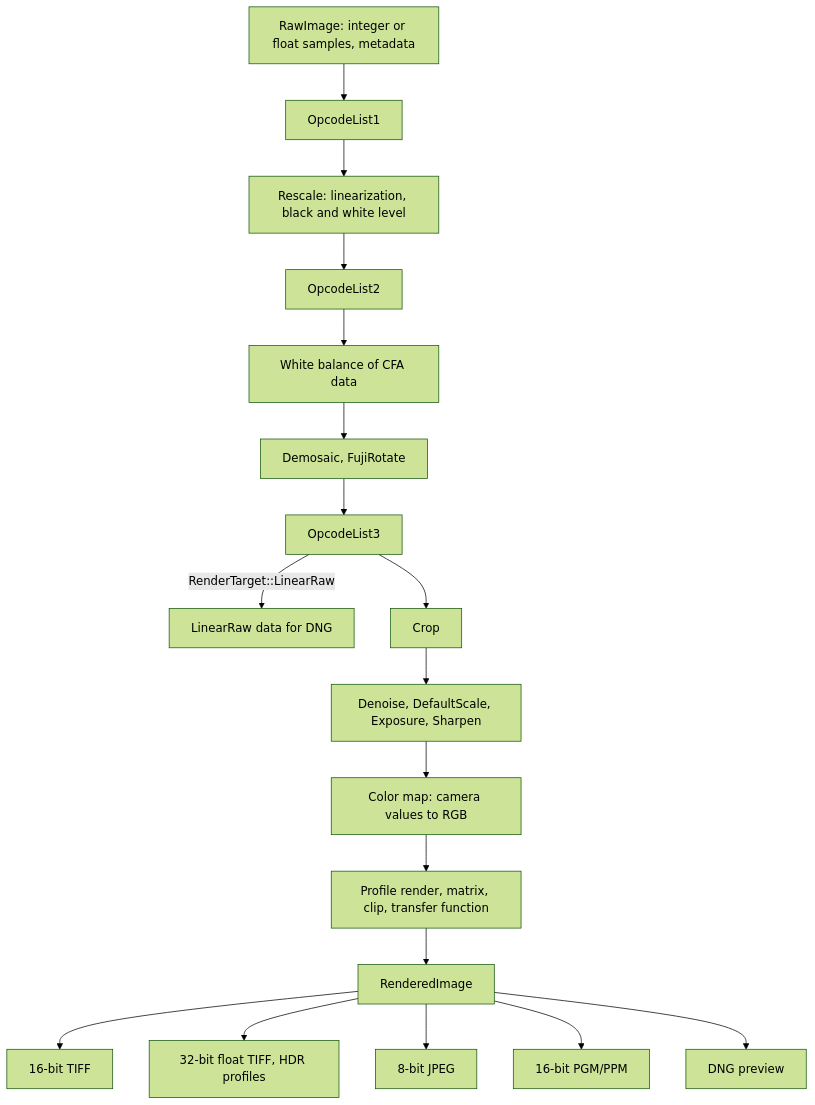
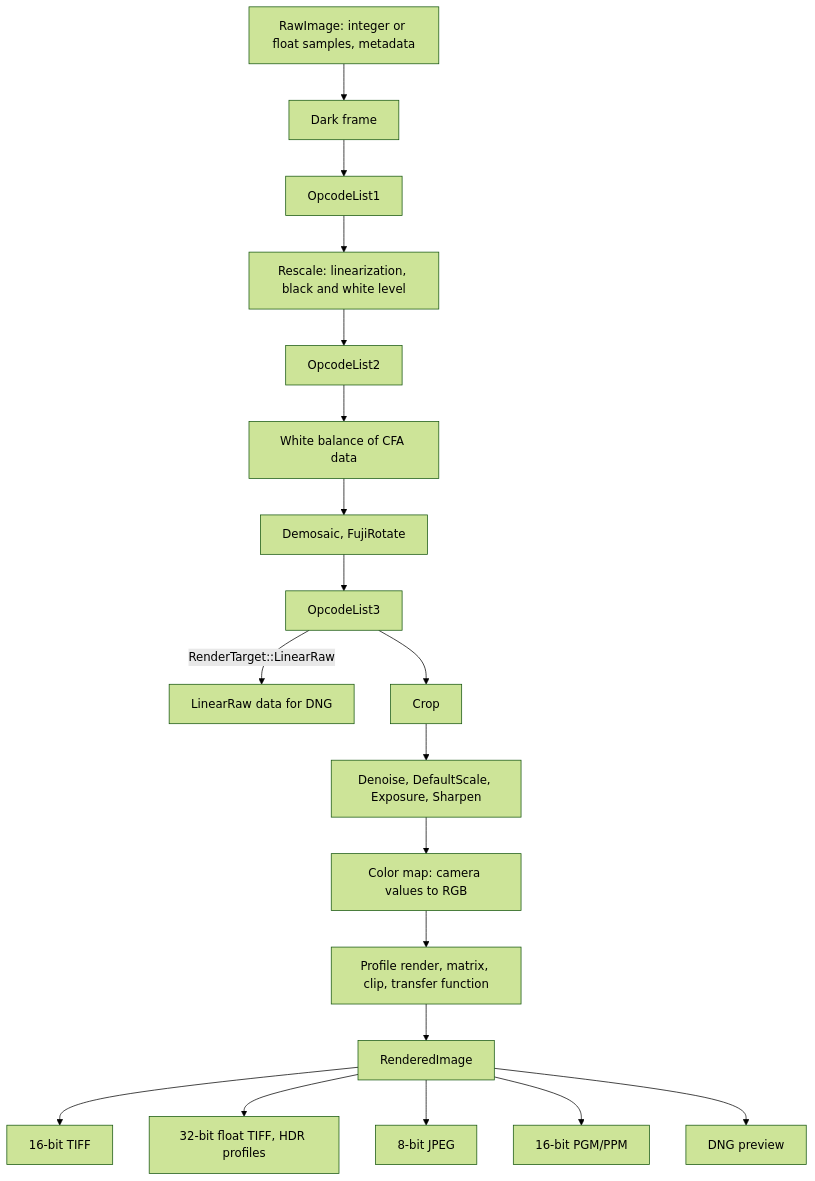
One commit to dnglab/dnglab changed the diagram in docs/render.md. Above: the diagram before and after it, drawn with Mermaid (forest theme). The commit also changed other lines of this file and 20 other files, not shown here.

First line of the commit message:
Add dark frame reduction to convert and process-raw

````diff
--- a/docs/render.md
+++ b/docs/render.md
@@ -24,20 +24,21 @@
 ```mermaid
 flowchart TD
-  A[RawImage: integer or float samples, metadata] --> B[OpcodeList1]
+  A[RawImage: integer or float samples, metadata] --> DF[Dark frame]
+  DF --> B[OpcodeList1]
   B --> C[Rescale: linearization, black and white level]
   C --> D[OpcodeList2]
   D --> E[White balance of CFA data]
   E --> F[Demosaic, FujiRotate]
   F --> G[OpcodeList3]
   G -->|RenderTarget::LinearRaw| L[LinearRaw data for DNG]
   G --> H[Crop]
   H --> I[Denoise, DefaultScale, Exposure, Sharpen]
   I --> J[Color map: camera values to RGB]
   J --> K[Profile render, matrix, clip, transfer function]
   K --> O[RenderedImage]
   O --> T16[16-bit TIFF]
   O --> T32[32-bit float TIFF, HDR profiles]
   O --> JPG[8-bit JPEG]
   O --> PNM[16-bit PGM/PPM]
   O --> PRV[DNG preview]
 ```
````
